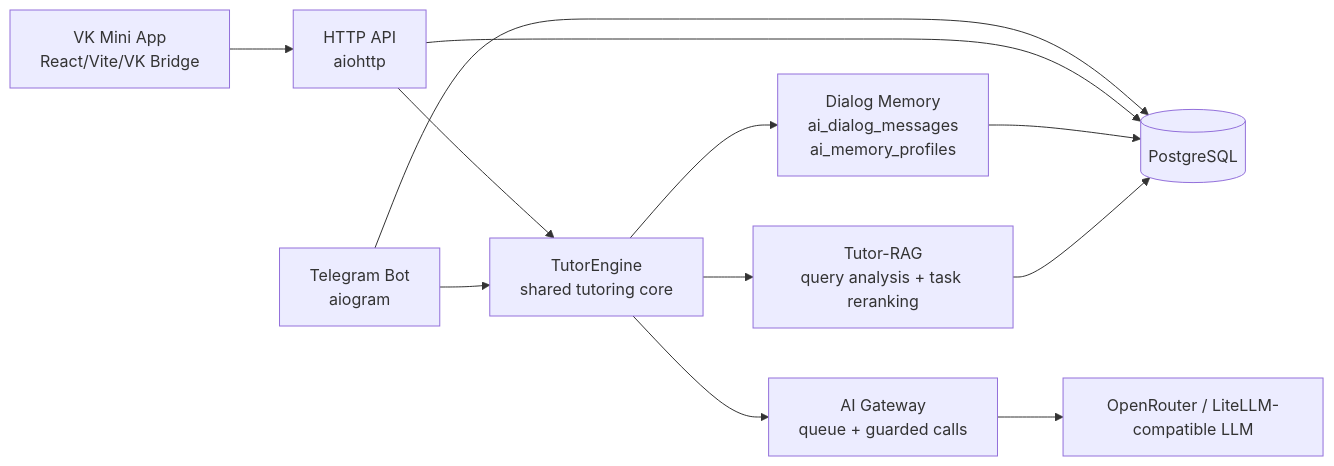
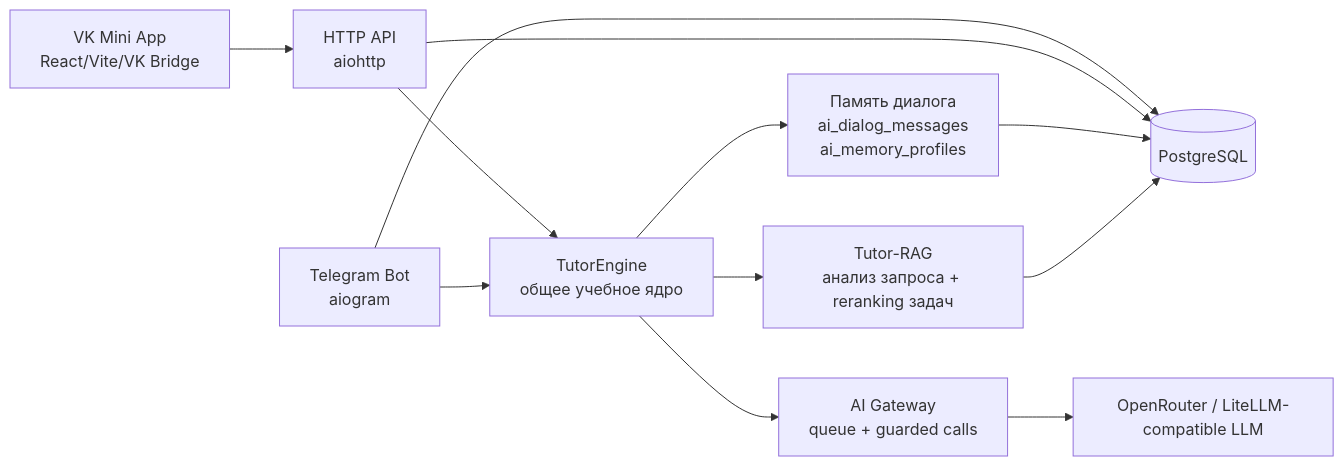
The first of 2 diagrams in README.md (akiamuradev/evolution-tutor-bot), drawn with Mermaid before and after one commit. The commit also changed other lines of this file, not shown here.

````diff
--- a/README.md
+++ b/README.md
@@ -107,14 +107,14 @@
 ```mermaid
 flowchart LR
-    TG["Telegram Bot<br/>aiogram"] --> TE["TutorEngine<br/>shared tutoring core"]
+    TG["Telegram Bot<br/>aiogram"] --> TE["TutorEngine<br/>общее учебное ядро"]
     VK["VK Mini App<br/>React/Vite/VK Bridge"] --> API["HTTP API<br/>aiohttp"]
     API --> TE
-    TE --> MEM["Dialog Memory<br/>ai_dialog_messages<br/>ai_memory_profiles"]
-    TE --> RAG["Tutor-RAG<br/>query analysis + task reranking"]
+    TE --> MEM["Память диалога<br/>ai_dialog_messages<br/>ai_memory_profiles"]
+    TE --> RAG["Tutor-RAG<br/>анализ запроса + reranking задач"]
     RAG --> DB[(PostgreSQL)]
     MEM --> DB
     TE --> GATE["AI Gateway<br/>queue + guarded calls"]
     GATE --> LLM["OpenRouter / LiteLLM-compatible LLM"]
     API --> DB
     TG --> DB
 ```
````
